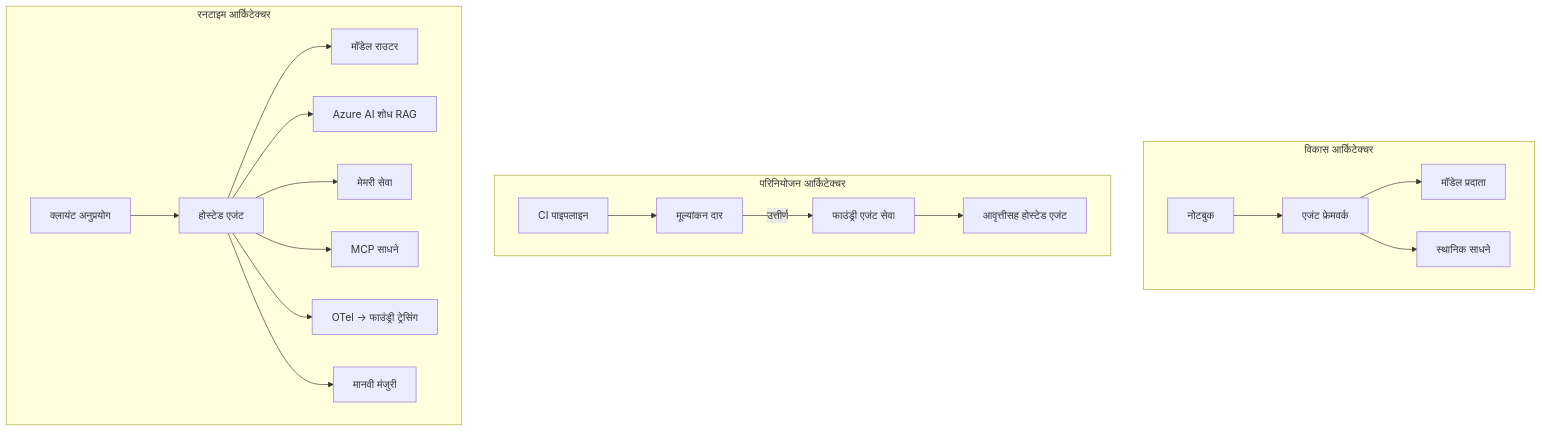
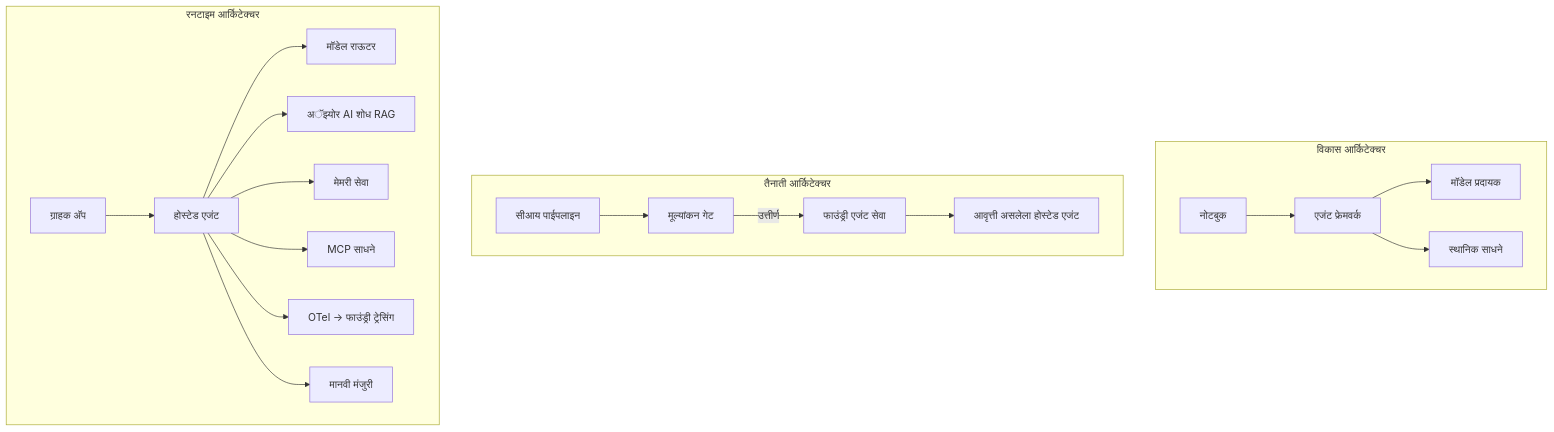
The fourth of 4 diagrams in mirrors/repos/microsoft@ai-agents-for-beginners/translations/mr/16-deploying-scalable-agents/README.md (gabrielmoreira/agent-skills-mirror), drawn with Mermaid before and after one commit. The commit also changed other lines of this file and 4262 other files, not shown here.

````diff
--- a/mirrors/repos/microsoft@ai-agents-for-beginners/translations/mr/16-deploying-scalable-agents/README.md
+++ b/mirrors/repos/microsoft@ai-agents-for-beginners/translations/mr/16-deploying-scalable-agents/README.md
@@ -185,22 +185,22 @@
 ```mermaid
 flowchart TB
     subgraph Dev[विकास आर्किटेक्चर]
         D1[नोटबुक] --> D2[एजंट फ्रेमवर्क]
-        D2 --> D3[मॉडेल प्रदाता]
+        D2 --> D3[मॉडेल प्रदायक]
         D2 --> D4[स्थानिक साधने]
     end
-    subgraph Deploy[परिनियोजन आर्किटेक्चर]
-        E1[CI पाइपलाइन] --> E2[मूल्यांकन दार]
+    subgraph Deploy[तैनाती आर्किटेक्चर]
+        E1[सीआय पाईपलाइन] --> E2[मूल्यांकन गेट]
         E2 -->|उत्तीर्ण| E3[फाउंड्री एजंट सेवा]
-        E3 --> E4[आवृत्तीसह होस्टेड एजंट]
+        E3 --> E4[आवृत्ती असलेला होस्टेड एजंट]
     end
     subgraph Run[रनटाइम आर्किटेक्चर]
-        F1[क्लायंट अनुप्रयोग] --> F2[होस्टेड एजंट]
-        F2 --> F3[मॉडेल राउटर]
-        F2 --> F4[Azure AI शोध RAG]
+        F1[ग्राहक अ‍ॅप] --> F2[होस्टेड एजंट]
+        F2 --> F3[मॉडेल राऊटर]
+        F2 --> F4[अॅझ्योर AI शोध RAG]
         F2 --> F5[मेमरी सेवा]
         F2 --> F6[MCP साधने]
         F2 --> F7[OTel -> फाउंड्री ट्रेसिंग]
         F2 --> F8[मानवी मंजुरी]
     end
 ```
````
